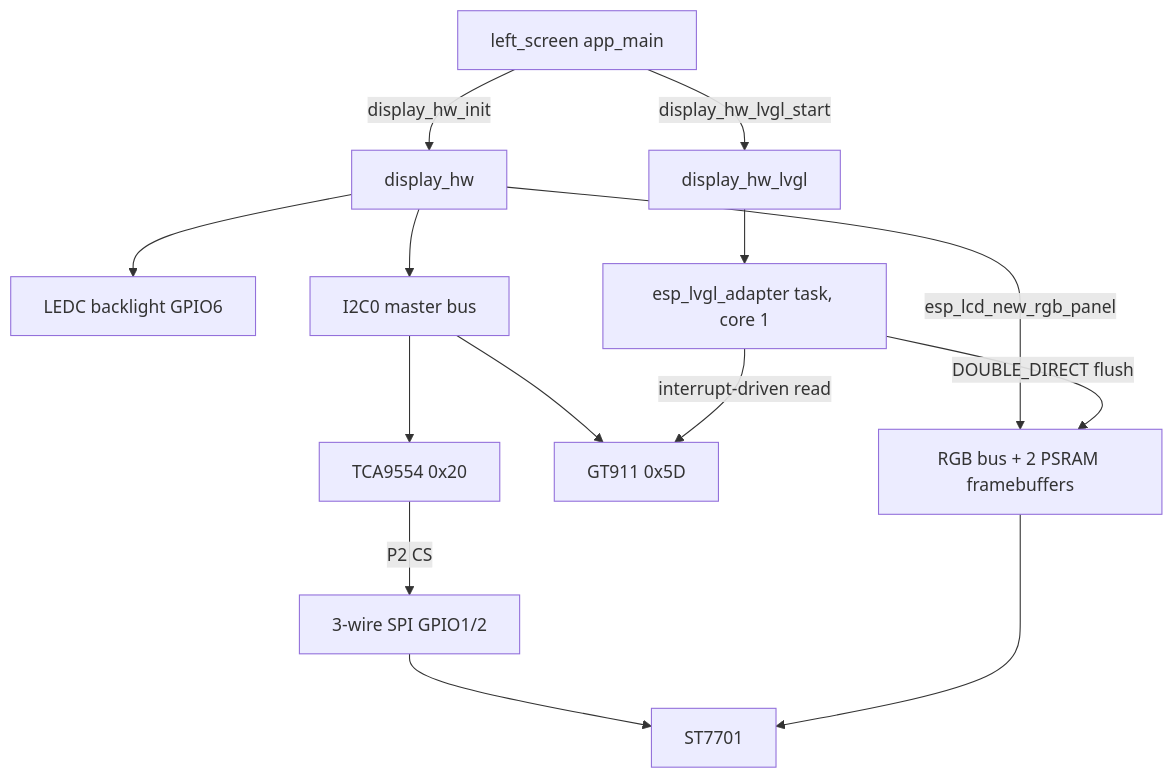
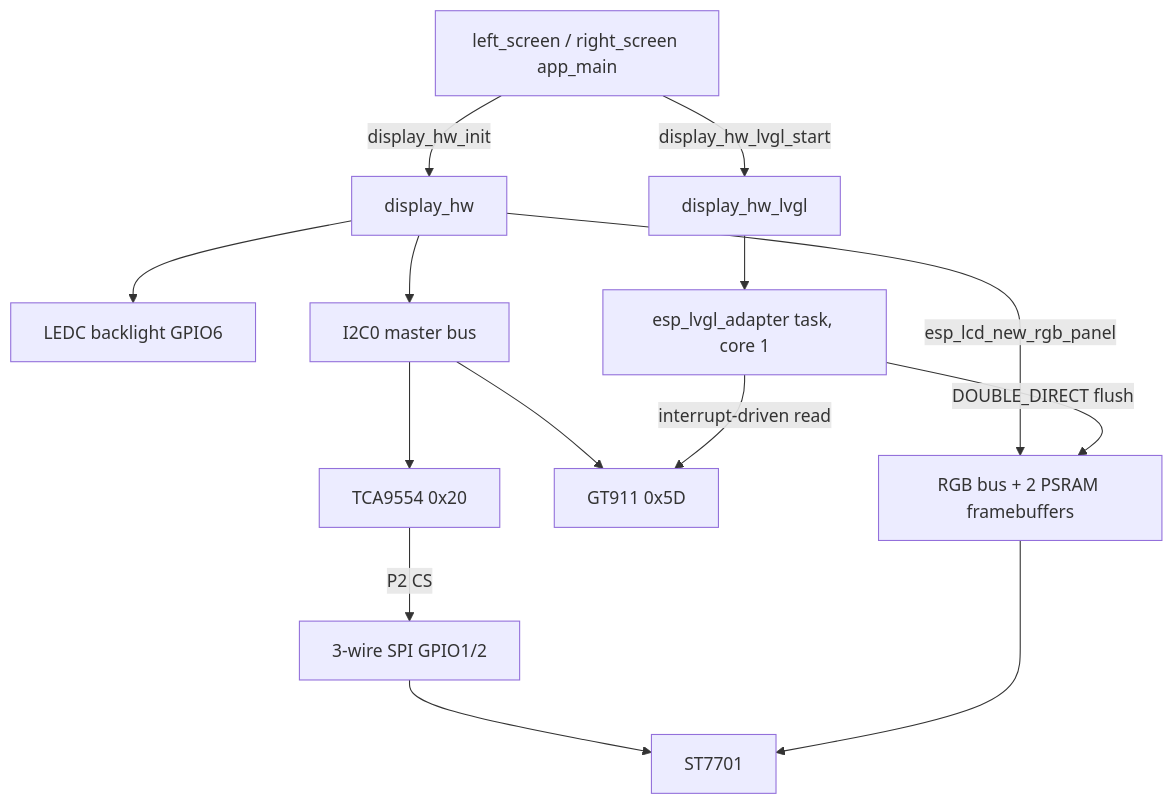
One commit to martinroger/vx-binocle-espidf changed the first of 2 diagrams in common/display_hw/TOO.MD. Above: the diagram before and after it, drawn with Mermaid. The commit also changed 6 other files, not shown here.

````diff
--- a/common/display_hw/TOO.MD
+++ b/common/display_hw/TOO.MD
@@ -7,16 +7,16 @@
 ```mermaid
 graph TD
-    APP[left_screen app_main] -->|display_hw_init| HW[display_hw]
+    APP[left_screen / right_screen app_main] -->|display_hw_init| HW[display_hw]
     APP -->|display_hw_lvgl_start| GLUE[display_hw_lvgl]
     HW --> BL[LEDC backlight GPIO6]
     HW --> I2C[I2C0 master bus]
     I2C --> EXP[TCA9554 0x20]
     I2C --> TP[GT911 0x5D]
     EXP -->|P2 CS| SPI[3-wire SPI GPIO1/2]
     SPI --> LCD[ST7701]
     HW -->|esp_lcd_new_rgb_panel| RGB[RGB bus + 2 PSRAM framebuffers]
     RGB --> LCD
     GLUE --> ADP[esp_lvgl_adapter task, core 1]
     ADP -->|DOUBLE_DIRECT flush| RGB
     ADP -->|interrupt-driven read| TP
 ```
````
